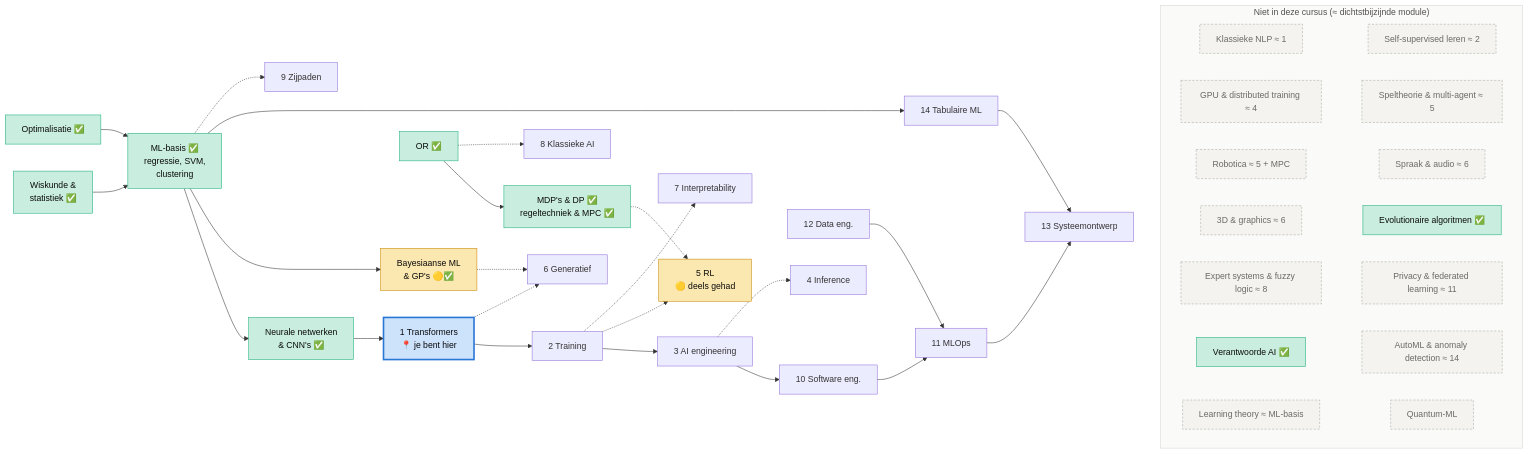
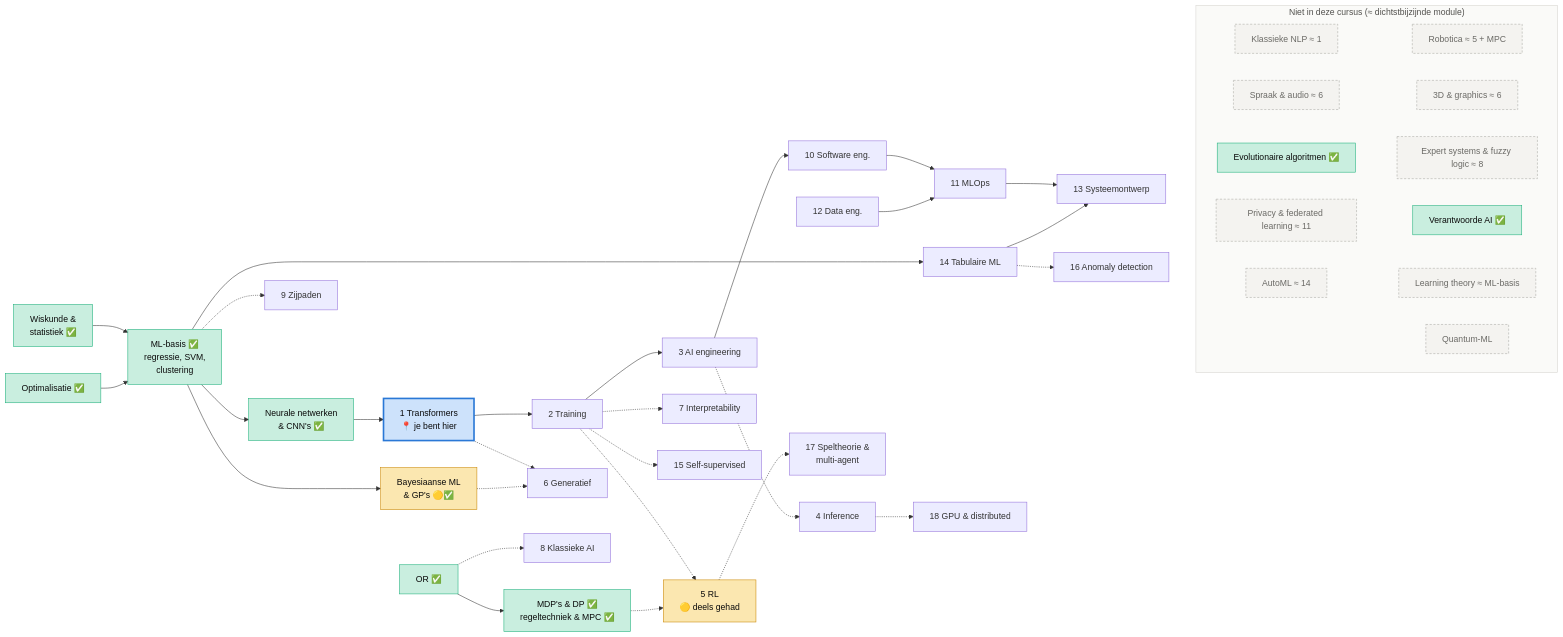
One commit to jeroenderuijter2002/Self-learning-AI changed the diagram in README.md. Above: the diagram before and after it, drawn with Mermaid. The commit also changed other lines of this file and 4 other files, not shown here.

Commit message:
Modules 15-18: self-supervised, anomaly detection, speltheorie & multi-agent, GPU & distributed

````diff
--- a/README.md
+++ b/README.md
@@ -50,61 +55,61 @@
 ```mermaid
 flowchart LR
     W["Wiskunde &<br/>statistiek ✅"] --> MLB["ML-basis ✅<br/>regressie, SVM,<br/>clustering"]
     OPT["Optimalisatie ✅"] --> MLB
     MLB --> NN["Neurale netwerken<br/>& CNN's ✅"]
     MLB --> BAY["Bayesiaanse ML<br/>& GP's 🟡✅"]
     OR["OR ✅"] --> MDP["MDP's & DP ✅<br/>regeltechniek & MPC ✅"]
 
     NN --> M1["1 Transformers<br/>📍 je bent hier"]
     M1 --> M2["2 Training"] --> M3["3 AI engineering"]
     M3 --> M10["10 Software eng."] --> M11["11 MLOps"]
     M11 --> M13["13 Systeemontwerp"]
     M14["14 Tabulaire ML"] --> M13
     M12["12 Data eng."] --> M11
     MLB --> M14
     M3 -.-> M4["4 Inference"]
     M2 -.-> M5["5 RL<br/>🟡 deels gehad"]
     MDP -.-> M5
     M2 -.-> M7["7 Interpretability"]
     M1 -.-> M6["6 Generatief"]
     BAY -.-> M6
     MLB -.-> M9["9 Zijpaden"]
     OR -.-> M8["8 Klassieke AI"]
+    M2 -.-> M15["15 Self-supervised"]
+    M14 -.-> M16["16 Anomaly detection"]
+    M5 -.-> M17["17 Speltheorie &<br/>multi-agent"]
+    M4 -.-> M18["18 GPU & distributed"]
 
     subgraph NIET["Niet in deze cursus (≈ dichtstbijzijnde module)"]
         direction LR
         X1["Klassieke NLP ≈ 1"]
-        X4["Self-supervised leren ≈ 2"]
-        X11["GPU & distributed training ≈ 4"]
-        X9["Speltheorie & multi-agent ≈ 5"]
         X10["Robotica ≈ 5 + MPC"]
         X2["Spraak & audio ≈ 6"]
         X3["3D & graphics ≈ 6"]
         X7["Evolutionaire algoritmen ✅"]
         X8["Expert systems & fuzzy logic ≈ 8"]
         X12["Privacy & federated learning ≈ 11"]
         X13["Verantwoorde AI ✅"]
-        X6["AutoML & anomaly detection ≈ 14"]
+        X6["AutoML ≈ 14"]
         X5["Learning theory ≈ ML-basis"]
         X14["Quantum-ML"]
-        X1 ~~~ X4
-        X11 ~~~ X9
-        X10 ~~~ X2
-        X3 ~~~ X7
-        X8 ~~~ X12
-        X13 ~~~ X6
-        X5 ~~~ X14
+        X1 ~~~ X10
+        X2 ~~~ X3
+        X7 ~~~ X8
+        X12 ~~~ X13
+        X6 ~~~ X5
+        X14
     end
     M13 ~~~ NIET
 
     classDef had fill:#c9eedf,stroke:#1baf7a,color:#0b0b0b
     classDef bezig fill:#fbe7b0,stroke:#c98500,color:#0b0b0b
     classDef nu fill:#cde2fb,stroke:#2a78d6,stroke-width:3px,color:#0b0b0b
     classDef niet fill:#f4f3f0,stroke:#a8a7a2,color:#6b6a66,stroke-dasharray:4 3
     class W,OPT,MLB,NN,OR,MDP had
     class BAY,M5 bezig
     class M1 nu
-    class X1,X2,X3,X4,X5,X6,X8,X9,X10,X11,X12,X14 niet
+    class X1,X2,X3,X5,X6,X8,X10,X12,X14 niet
     class X7,X13 had
     style NIET fill:#fafaf8,stroke:#d6d5d0,color:#52514e
 ```
````
